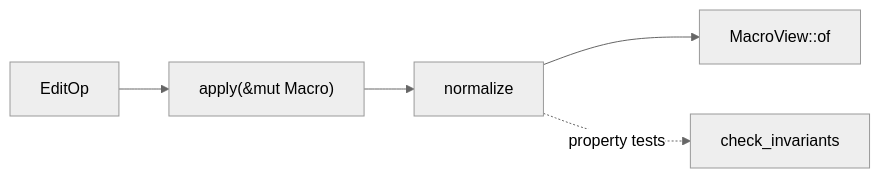
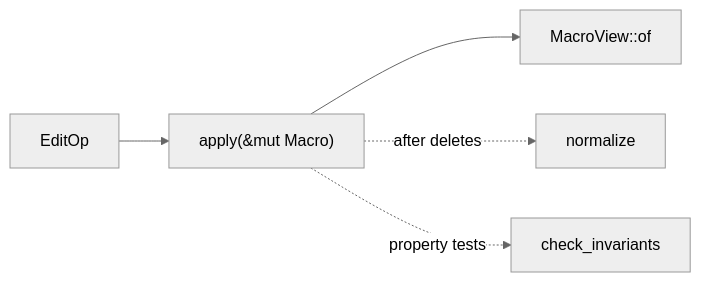
Before and after one commit to HappyRave/Relay: the first of 2 diagrams in docs/engineering/core.md, drawn with Mermaid (neutral theme). The commit also changed other lines of this file and 1 other file, not shown here.

Commit message:
docs(engineering): architecture and core fixes from the fact-check

````diff
--- a/docs/engineering/core.md
+++ b/docs/engineering/core.md
@@ -40,5 +40,6 @@
 ```mermaid
 flowchart LR
-    op["EditOp"] --> apply["apply(&mut Macro)"] --> norm["normalize"] --> view["MacroView::of"]
-    norm -. "property tests" .-> inv["check_invariants"]
+    op["EditOp"] --> apply["apply(&mut Macro)"] --> view["MacroView::of"]
+    apply -. "after deletes" .-> norm["normalize"]
+    apply -. "property tests" .-> inv["check_invariants"]
 ```
````
